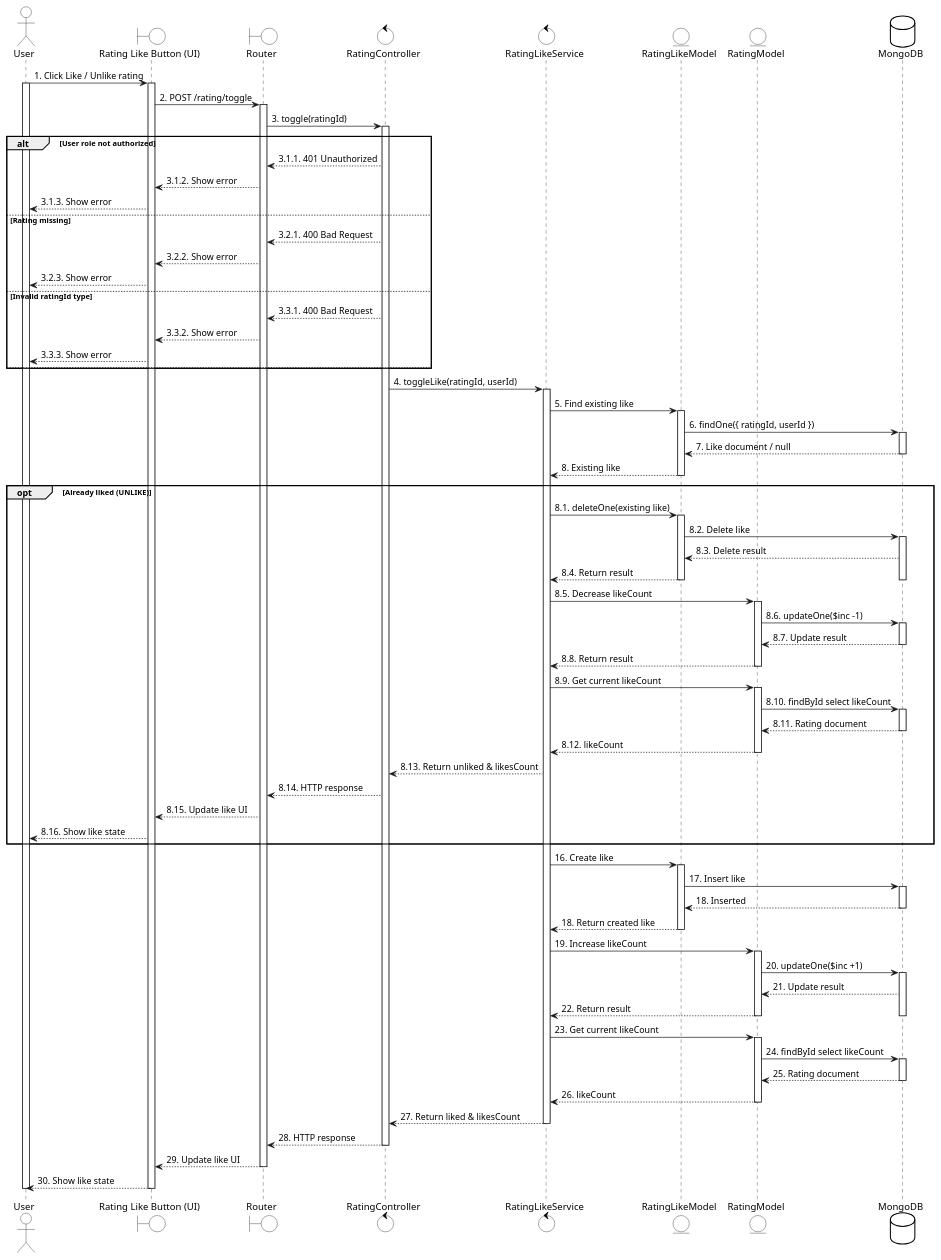
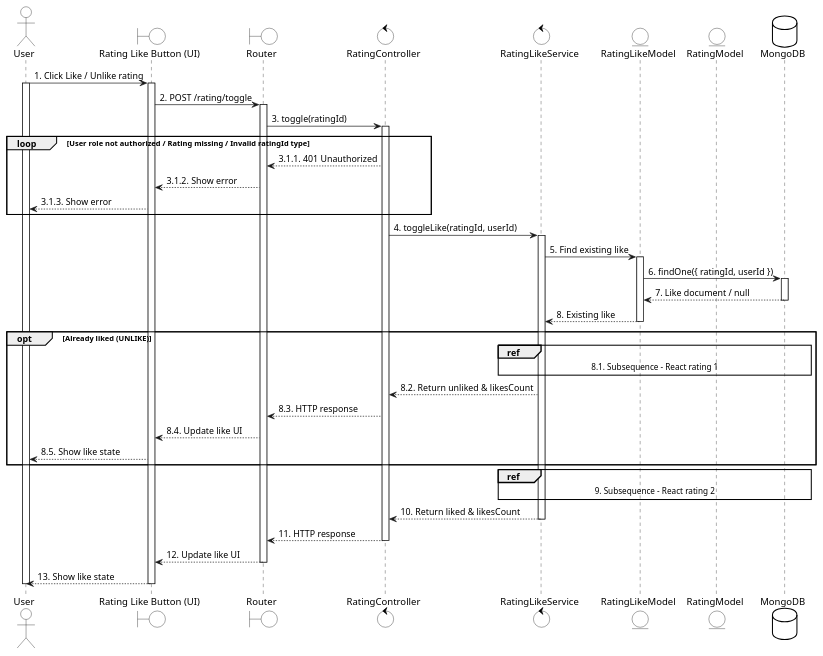
One commit to LGK1412/sequence_sep490_01 changed the diagram in uc40 - React rating.wsd. Above: the diagram before and after it, drawn with PlantUML. The commit also changed 159 other files, not shown here.

Commit message:
Update subsequence

```diff
--- a/uc40 - React rating.wsd
+++ b/uc40 - React rating.wsd
@@ -1,134 +1,79 @@
 @startuml
 skinparam {
     ActorBackgroundColor #FFFFFF
     BoundaryBackgroundColor #FFFFFF
     ControlBackgroundColor #FFFFFF
     EntityBackgroundColor #FFFFFF
     DatabaseBackgroundColor #FFFFFF
 
     ActorBorderColor black
     BoundaryBorderColor black
     ControlBorderColor black
     EntityBorderColor black
     DatabaseBorderColor black
 }
 
 actor User
 boundary "Rating Like Button (UI)" as UI
 boundary Router
 control RatingController
 control RatingLikeService
 entity RatingLikeModel
 entity RatingModel
 database MongoDB
 
 User -> UI: 1. Click Like / Unlike rating
 activate User
 activate UI
 
 UI -> Router: 2. POST /rating/toggle
 activate Router
 
 Router -> RatingController: 3. toggle(ratingId)
 activate RatingController
 
-alt User role not authorized
+loop User role not authorized / Rating missing / Invalid ratingId type
     RatingController --> Router: 3.1.1. 401 Unauthorized
     Router --> UI: 3.1.2. Show error
     UI --> User: 3.1.3. Show error
-else Rating missing
-    RatingController --> Router: 3.2.1. 400 Bad Request
-    Router --> UI: 3.2.2. Show error
-    UI --> User: 3.2.3. Show error
-else Invalid ratingId type
-    RatingController --> Router: 3.3.1. 400 Bad Request
-    Router --> UI: 3.3.2. Show error
-    UI --> User: 3.3.3. Show error
-else
 end
 
 RatingController -> RatingLikeService: 4. toggleLike(ratingId, userId)
 
 activate RatingLikeService
 RatingLikeService -> RatingLikeModel: 5. Find existing like
 activate RatingLikeModel
 RatingLikeModel -> MongoDB: 6. findOne({ ratingId, userId })
 activate MongoDB
 MongoDB --> RatingLikeModel: 7. Like document / null
 deactivate MongoDB
 RatingLikeModel --> RatingLikeService: 8. Existing like
 deactivate RatingLikeModel
 
 opt Already liked (UNLIKE)
-    RatingLikeService -> RatingLikeModel: 8.1. deleteOne(existing like)
-    activate RatingLikeModel
-    RatingLikeModel -> MongoDB: 8.2. Delete like
-    activate MongoDB
-    MongoDB --> RatingLikeModel: 8.3. Delete result
-    RatingLikeModel --> RatingLikeService: 8.4. Return result
-    deactivate MongoDB
-    deactivate RatingLikeModel
+    ref over RatingLikeService, RatingLikeModel, MongoDB
+    8.1. Subsequence - React rating 1
+    end ref
 
-    RatingLikeService -> RatingModel: 8.5. Decrease likeCount
-    activate RatingModel
-    RatingModel -> MongoDB: 8.6. updateOne($inc -1)
-    activate MongoDB
-    MongoDB --> RatingModel: 8.7. Update result
-    deactivate MongoDB
-    RatingModel --> RatingLikeService: 8.8. Return result
-    deactivate RatingModel
-
-    RatingLikeService -> RatingModel: 8.9. Get current likeCount
-    activate RatingModel
-    RatingModel -> MongoDB: 8.10. findById select likeCount
-    activate MongoDB
-    MongoDB --> RatingModel: 8.11. Rating document
-    deactivate MongoDB
-    RatingModel --> RatingLikeService: 8.12. likeCount
-    deactivate RatingModel
-    RatingLikeService --> RatingController: 8.13. Return unliked & likesCount
-    RatingController --> Router: 8.14. HTTP response
-    Router --> UI: 8.15. Update like UI
-    UI --> User: 8.16. Show like state
+    RatingLikeService --> RatingController: 8.2. Return unliked & likesCount
+    RatingController --> Router: 8.3. HTTP response
+    Router --> UI: 8.4. Update like UI
+    UI --> User: 8.5. Show like state
 end
 
 
-RatingLikeService -> RatingLikeModel: 16. Create like
-activate RatingLikeModel
-RatingLikeModel -> MongoDB: 17. Insert like
-activate MongoDB
-MongoDB --> RatingLikeModel: 18. Inserted
-deactivate MongoDB
-RatingLikeModel --> RatingLikeService: 18. Return created like
-deactivate RatingLikeModel
+ref over RatingLikeService, RatingLikeModel, MongoDB
+    9. Subsequence - React rating 2
+end ref
 
-RatingLikeService -> RatingModel: 19. Increase likeCount
-activate RatingModel
-RatingModel -> MongoDB: 20. updateOne($inc +1)
-activate MongoDB
-MongoDB --> RatingModel: 21. Update result
-RatingModel --> RatingLikeService: 22. Return result
-deactivate MongoDB
-deactivate RatingModel
-
-
-RatingLikeService -> RatingModel: 23. Get current likeCount
-activate RatingModel
-RatingModel -> MongoDB: 24. findById select likeCount
-activate MongoDB
-MongoDB --> RatingModel: 25. Rating document
-deactivate MongoDB
-RatingModel --> RatingLikeService: 26. likeCount
-deactivate RatingModel
-
-RatingLikeService --> RatingController: 27. Return liked & likesCount
+RatingLikeService --> RatingController: 10. Return liked & likesCount
 deactivate RatingLikeService
 
-RatingController --> Router: 28. HTTP response
+RatingController --> Router: 11. HTTP response
 deactivate RatingController
-Router --> UI: 29. Update like UI
+Router --> UI: 12. Update like UI
 deactivate Router
-UI --> User: 30. Show like state
+UI --> User: 13. Show like state
 deactivate UI
 deactivate User
 @enduml
```
